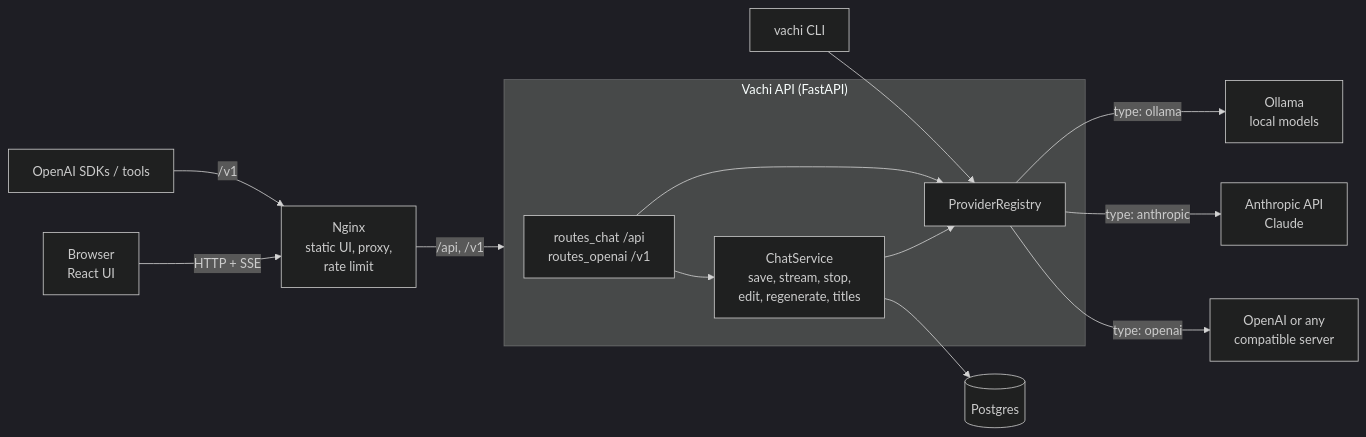
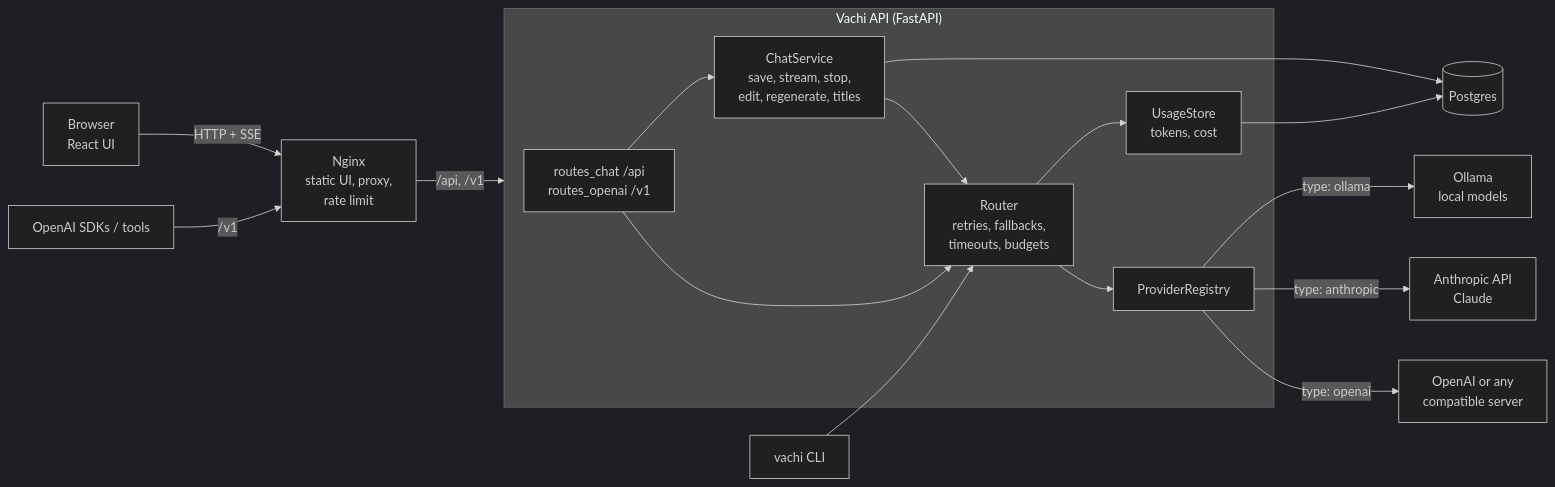
One commit to asingh5535/DevOps changed the first of 3 diagrams in Vachimodel/README.md. Above: the diagram before and after it, drawn with Mermaid (dark theme). The commit also changed other lines of this file and 30 other files, not shown here.

First line of the commit message:
Vachi Phase 3: routing with fallbacks, usage and cost tracking, budgets

````diff
--- a/Vachimodel/README.md
+++ b/Vachimodel/README.md
@@ -173,16 +179,19 @@
 ```mermaid
 flowchart LR
     Browser["Browser<br/>React UI"] -->|HTTP + SSE| Nginx
     Tools["OpenAI SDKs / tools"] -->|/v1| Nginx
     Nginx["Nginx<br/>static UI, proxy,<br/>rate limit"] -->|/api, /v1| API
     subgraph API["Vachi API (FastAPI)"]
         Routes["routes_chat /api<br/>routes_openai /v1"] --> Service["ChatService<br/>save, stream, stop,<br/>edit, regenerate, titles"]
-        Service --> Registry["ProviderRegistry"]
-        Routes --> Registry
+        Service --> Router["Router<br/>retries, fallbacks,<br/>timeouts, budgets"]
+        Routes --> Router
+        Router --> Usage["UsageStore<br/>tokens, cost"]
+        Router --> Registry["ProviderRegistry"]
     end
     Service --> DB[("Postgres")]
+    Usage --> DB
     Registry -->|type: ollama| Ollama["Ollama<br/>local models"]
     Registry -->|type: anthropic| Anthropic["Anthropic API<br/>Claude"]
     Registry -->|type: openai| OpenAI["OpenAI or any<br/>compatible server"]
-    CLI["vachi CLI"] --> Registry
+    CLI["vachi CLI"] --> Router
 ```
````
